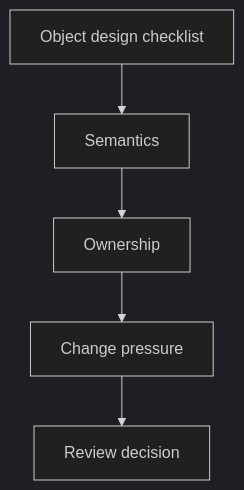
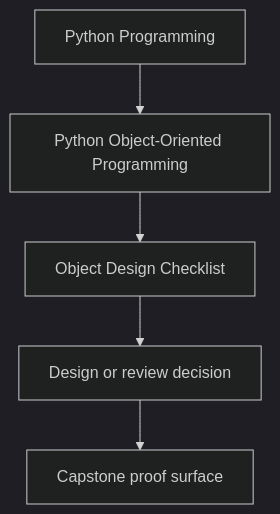
The first of 2 diagrams in programs/python-programming/python-object-oriented-programming/course-book/reference/object-design-checklist.md (bijux/bijux-masterclass), drawn with Mermaid (dark theme) before and after one commit. The commit also changed other lines of this file and 23 other files, not shown here.

Commit message:
docs(python-object-oriented-programming): sharpen guide and reference diagrams

````diff
--- a/programs/python-programming/python-object-oriented-programming/course-book/reference/object-design-checklist.md
+++ b/programs/python-programming/python-object-oriented-programming/course-book/reference/object-design-checklist.md
@@ -7,10 +7,7 @@
 ```mermaid
-graph TD
-  object["Object design checklist"]
-  semantics["Semantics"]
-  ownership["Ownership"]
-  change["Change pressure"]
-  review["Review decision"]
-
-  object --> semantics --> ownership --> change --> review
+flowchart TD
+  family["Python Programming"] --> program["Python Object-Oriented Programming"]
+  program --> reference["Object Design Checklist"]
+  reference --> review["Design or review decision"]
+  review --> capstone["Capstone proof surface"]
 ```
````
